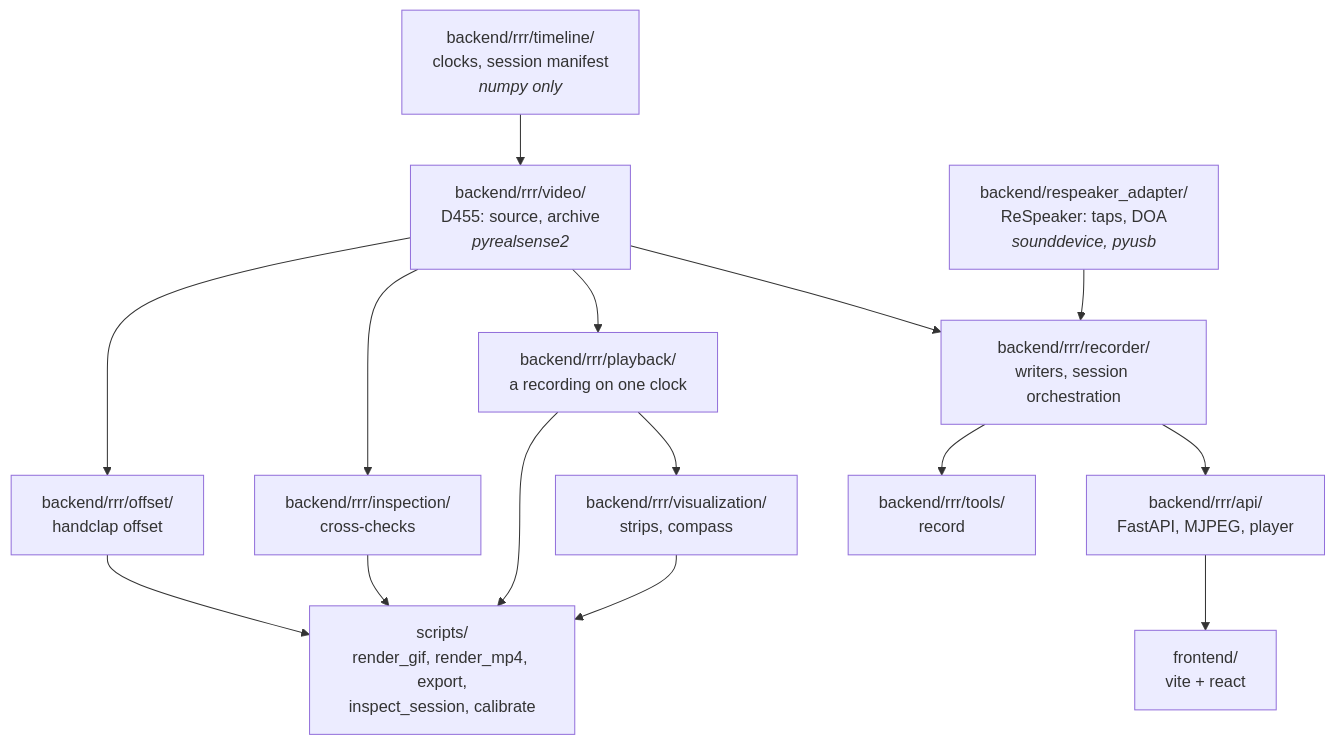
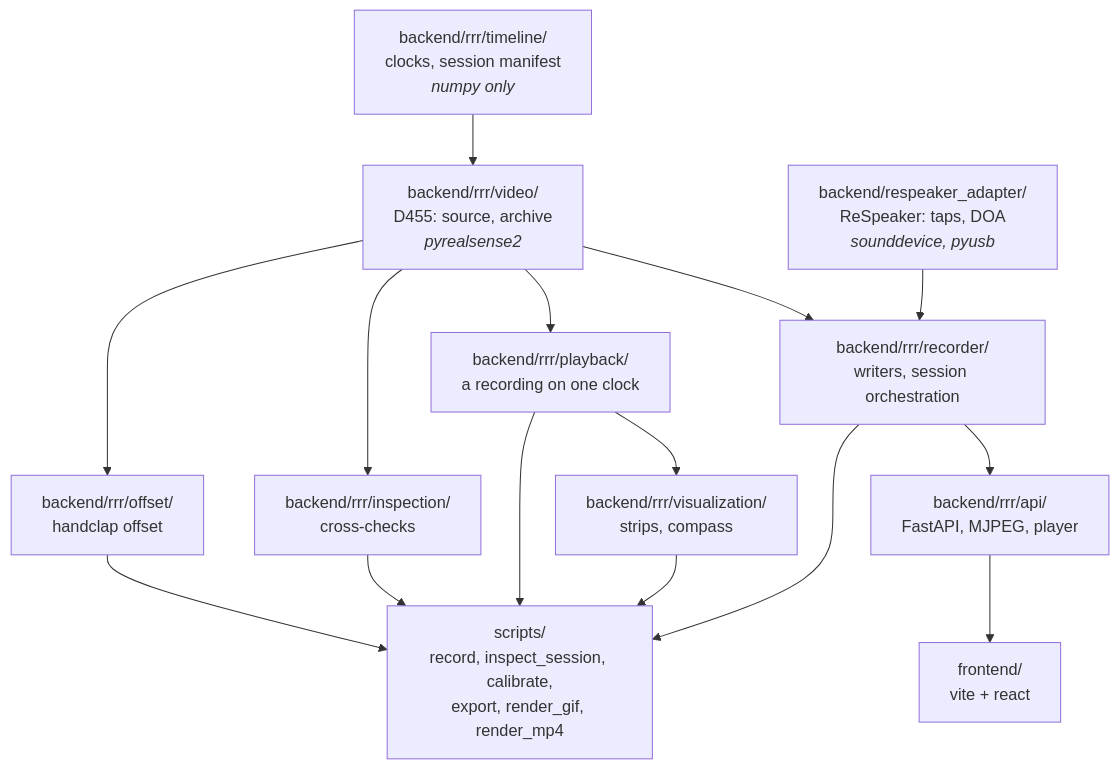
One commit to tkanek0/rererecorder changed the first of 2 diagrams in docs/design.md. Above: the diagram before and after it, drawn with Mermaid. The commit also changed 10 other files, not shown here.

Commit message:
Move the record command to scripts and remove rrr.tools

````diff
--- a/docs/design.md
+++ b/docs/design.md
@@ -33,29 +33,28 @@
 ```mermaid
 flowchart TD
     T["backend/rrr/timeline/<br/>clocks, session manifest<br/><i>numpy only</i>"]
     V["backend/rrr/video/<br/>D455: source, archive<br/><i>pyrealsense2</i>"]
     A["backend/respeaker_adapter/<br/>ReSpeaker: taps, DOA<br/><i>sounddevice, pyusb</i>"]
     R["backend/rrr/recorder/<br/>writers, session orchestration"]
     S["backend/rrr/api/<br/>FastAPI, MJPEG, player"]
     P["backend/rrr/playback/<br/>a recording on one clock"]
-    C["backend/rrr/tools/<br/>record"]
+    N["backend/rrr/inspection/<br/>cross-checks"]
     O["backend/rrr/offset/<br/>handclap offset"]
-    N["backend/rrr/inspection/<br/>cross-checks"]
     Z["backend/rrr/visualization/<br/>strips, compass"]
-    X["scripts/<br/>render_gif, render_mp4, export,<br/>inspect_session, calibrate"]
+    X["scripts/<br/>record, inspect_session, calibrate,<br/>export, render_gif, render_mp4"]
     W["frontend/<br/>vite + react"]
     T --> V
     V --> R
     A --> R
     R --> S
-    R --> C
+    S --> W
     V --> P
     V --> N
+    V --> O
+    P --> Z
+    R --> X
     N --> X
-    V --> O
     O --> X
-    P --> Z
     P --> X
     Z --> X
-    S --> W
 ```
````
